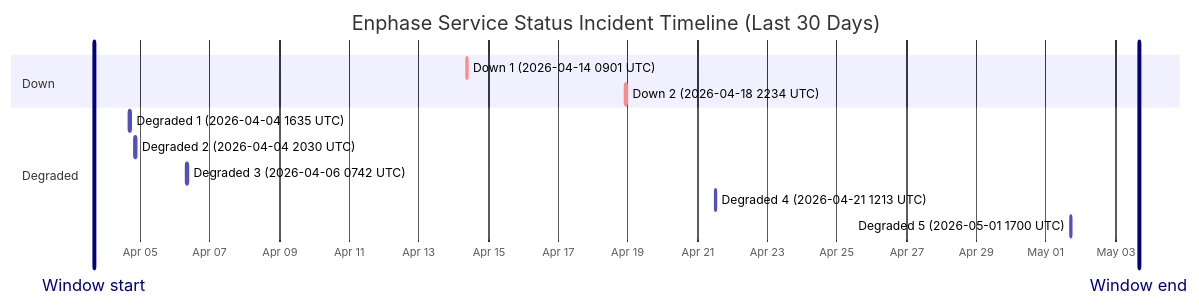
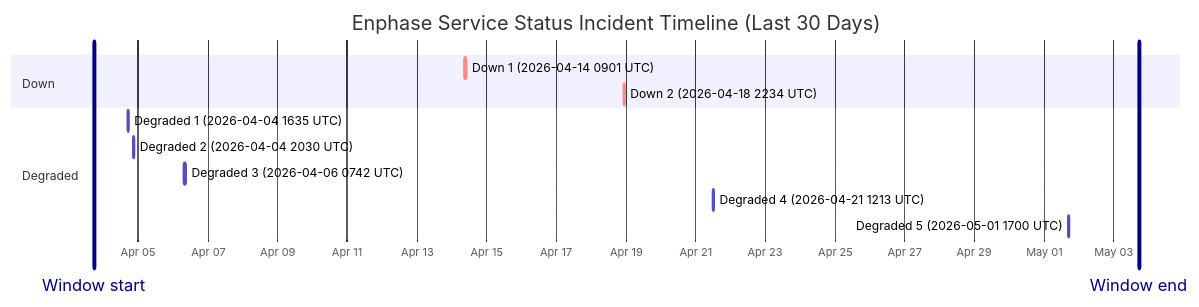
One commit to barneyonline/ha-enphase-ev-charger changed the diagram in wiki/Service-Status-History.md. Above: the diagram before and after it, drawn with Mermaid. The commit also changed other lines of this file and 3 other files, not shown here.

````diff
--- a/wiki/Service-Status-History.md
+++ b/wiki/Service-Status-History.md
@@ -14,17 +14,17 @@
 ```mermaid
 gantt
     title Enphase Service Status Incident Timeline (Last 30 Days)
     dateFormat  YYYY-MM-DDTHH:mm:ss
     axisFormat  %b %d
-    Window start :vert, window-start, 2026-04-03T16:08:06, 0ms
-    Window end :vert, window-end, 2026-05-03T16:08:06, 0ms
+    Window start :vert, window-start, 2026-04-03T17:23:29, 0ms
+    Window end :vert, window-end, 2026-05-03T17:23:29, 0ms
     section Down
     Down 1 (2026-04-14 0901 UTC) :crit, down-1, 2026-04-14T09:01:13, 60m
     Down 2 (2026-04-18 2234 UTC) :crit, down-2, 2026-04-18T22:34:13, 60m
     section Degraded
     Degraded 1 (2026-04-04 1635 UTC) :active, degraded-1, 2026-04-04T16:35:17, 60m
     Degraded 2 (2026-04-04 2030 UTC) :active, degraded-2, 2026-04-04T20:30:40, 60m
     Degraded 3 (2026-04-06 0742 UTC) :active, degraded-3, 2026-04-06T07:42:09, 85m
     Degraded 4 (2026-04-21 1213 UTC) :active, degraded-4, 2026-04-21T12:13:11, 60m
     Degraded 5 (2026-05-01 1700 UTC) :active, degraded-5, 2026-05-01T17:00:22, 60m
 ```
````
